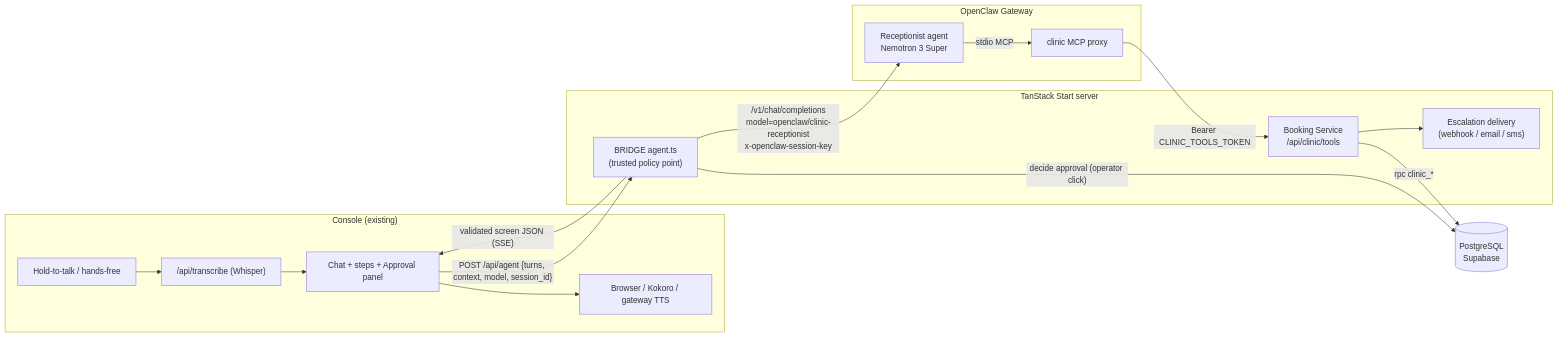
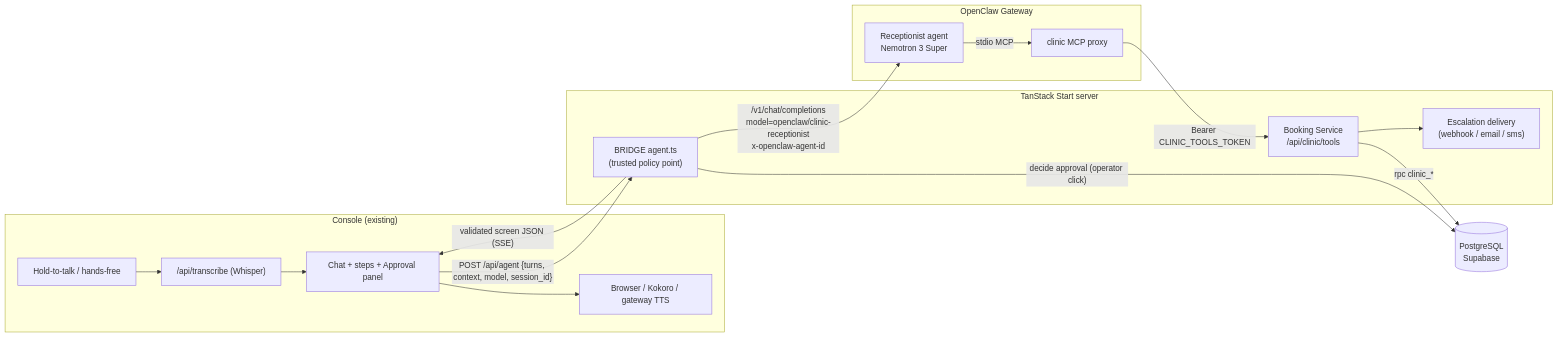
The diagram in README.md (MahmoudM21/Dark-Coders), drawn with Mermaid before and after one commit. The commit also changed 6 other files, not shown here.

````diff
--- a/README.md
+++ b/README.md
@@ -38,25 +38,25 @@
 ```mermaid
 flowchart LR
   subgraph Browser["Console (existing)"]
     MIC[Hold-to-talk / hands-free] --> ASR["/api/transcribe (Whisper)"]
     UI[Chat + steps + Approval panel]
     TTS[Browser / Kokoro / gateway TTS]
   end
   ASR --> UI
   UI -- "POST /api/agent {turns, context, model, session_id}" --> BR
   subgraph Server["TanStack Start server"]
     BR["BRIDGE agent.ts\n(trusted policy point)"]
     BS["Booking Service\n/api/clinic/tools"]
     ES["Escalation delivery\n(webhook / email / sms)"]
   end
-  BR -- "/v1/chat/completions\nmodel=openclaw/clinic-receptionist\nx-openclaw-session-key" --> GW
+  BR -- "/v1/chat/completions\nmodel=openclaw/clinic-receptionist\nx-openclaw-agent-id" --> GW
   subgraph OC["OpenClaw Gateway"]
     GW[Receptionist agent\nNemotron 3 Super] -- stdio MCP --> MCP[clinic MCP proxy]
   end
   MCP -- "Bearer CLINIC_TOOLS_TOKEN" --> BS
   BR -- "decide approval (operator click)" --> DB
   BS -- "rpc clinic_*" --> DB[(PostgreSQL\nSupabase)]
   BS --> ES
   BR -- "validated screen JSON (SSE)" --> UI
   UI --> TTS
 ```
````
